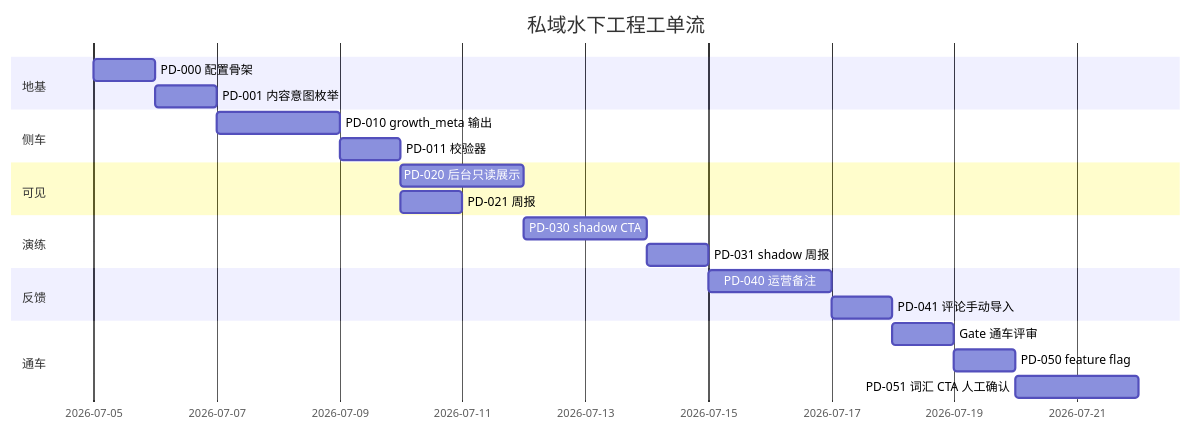
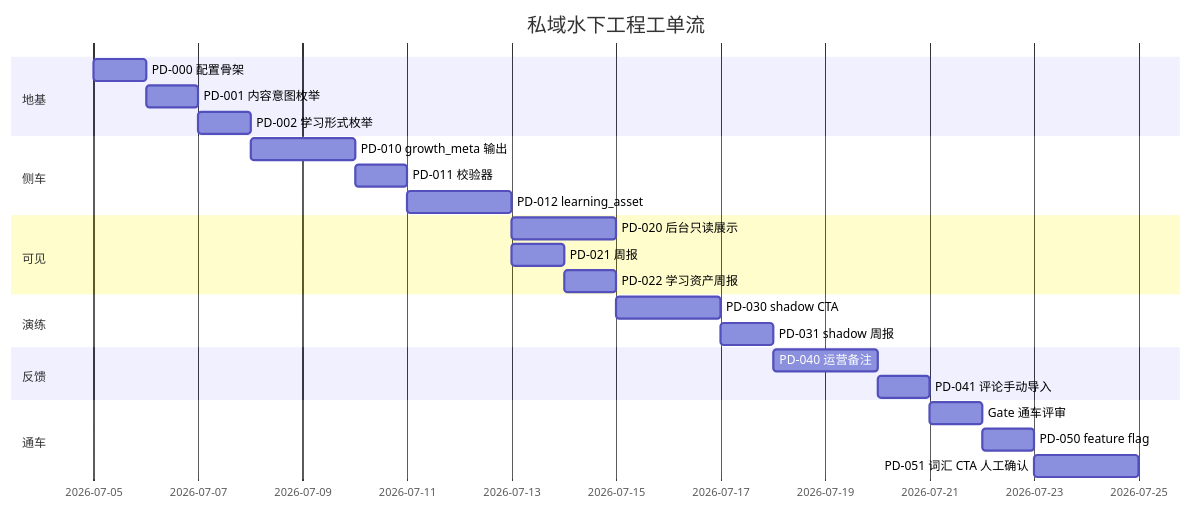
Before and after one commit to xytime/video-progress-bar-cli: the third of 3 diagrams in docs/guides/private_domain_work_order_flow.md, drawn with Mermaid. The commit also changed other lines of this file and 21 other files, not shown here.

````diff
--- a/docs/guides/private_domain_work_order_flow.md
+++ b/docs/guides/private_domain_work_order_flow.md
@@ -284,24 +364,27 @@
 ```mermaid
 gantt
     title 私域水下工程工单流
     dateFormat  YYYY-MM-DD
     section 地基
     PD-000 配置骨架           :a1, 2026-07-05, 1d
     PD-001 内容意图枚举       :a2, after a1, 1d
+    PD-002 学习形式枚举       :a3, after a2, 1d
     section 侧车
-    PD-010 growth_meta 输出   :b1, after a2, 2d
+    PD-010 growth_meta 输出   :b1, after a3, 2d
     PD-011 校验器             :b2, after b1, 1d
+    PD-012 learning_asset     :b3, after b2, 2d
     section 可见
-    PD-020 后台只读展示       :c1, after b2, 2d
-    PD-021 周报               :c2, after b2, 1d
+    PD-020 后台只读展示       :c1, after b3, 2d
+    PD-021 周报               :c2, after b3, 1d
+    PD-022 学习资产周报       :c3, after c2, 1d
     section 演练
     PD-030 shadow CTA         :d1, after c1, 2d
     PD-031 shadow 周报        :d2, after d1, 1d
     section 反馈
     PD-040 运营备注           :e1, after d2, 2d
     PD-041 评论手动导入       :e2, after e1, 1d
     section 通车
     Gate 通车评审             :g1, after e2, 1d
     PD-050 feature flag       :f1, after g1, 1d
     PD-051 词汇 CTA 人工确认  :f2, after f1, 2d
 ```
````
